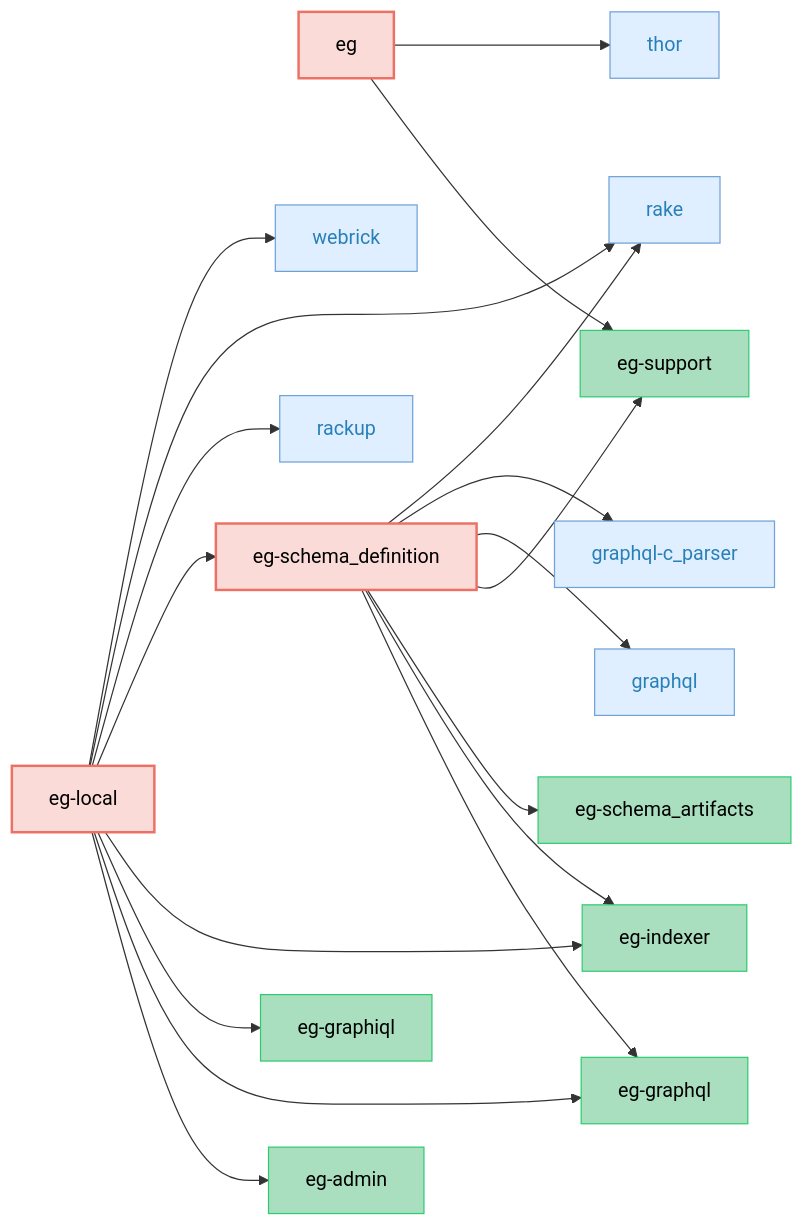
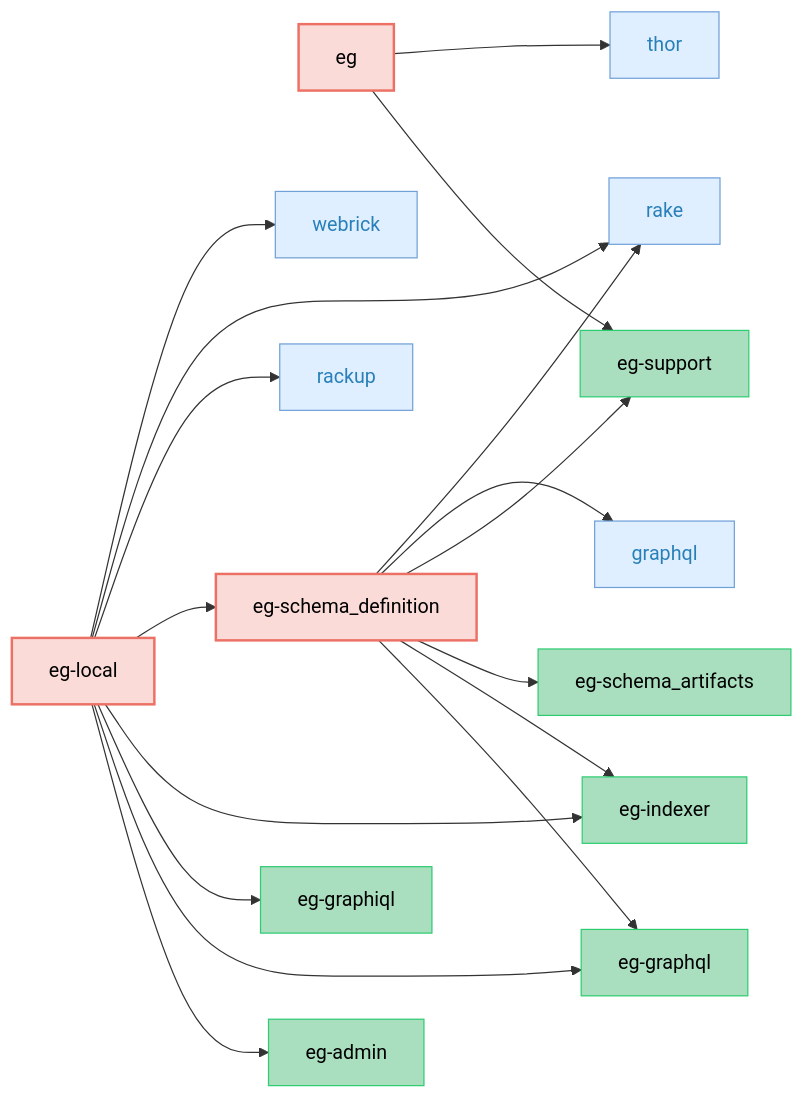
The second of 5 diagrams in CODEBASE_OVERVIEW.md (block/elasticgraph), drawn with Mermaid before and after one commit. The commit also changed other lines of this file and 18 other files, not shown here.

Commit message:
Make graphql-c_parser optional with warning when unavailable

````diff
--- a/CODEBASE_OVERVIEW.md
+++ b/CODEBASE_OVERVIEW.md
@@ -101,59 +97,55 @@
 ```mermaid
 graph LR;
     classDef targetGemStyle fill:#FADBD8,stroke:#EC7063,color:#000,stroke-width:2px;
     classDef otherEgGemStyle fill:#A9DFBF,stroke:#2ECC71,color:#000;
     classDef externalGemCatStyle fill:#E0EFFF,stroke:#70A1D7,color:#2980B9;
     elasticgraph["eg"];
     elasticgraph-support["eg-support"];
     thor["thor"];
     elasticgraph-local["eg-local"];
     elasticgraph-admin["eg-admin"];
     elasticgraph-graphql["eg-graphql"];
     elasticgraph-graphiql["eg-graphiql"];
     elasticgraph-indexer["eg-indexer"];
     elasticgraph-schema_definition["eg-schema_definition"];
     rackup["rackup"];
     rake["rake"];
     webrick["webrick"];
     elasticgraph-schema_artifacts["eg-schema_artifacts"];
     graphql["graphql"];
-    graphql-c_parser["graphql-c_parser"];
     elasticgraph --> elasticgraph-support;
     elasticgraph --> thor;
     elasticgraph-local --> elasticgraph-admin;
     elasticgraph-local --> elasticgraph-graphql;
     elasticgraph-local --> elasticgraph-graphiql;
     elasticgraph-local --> elasticgraph-indexer;
     elasticgraph-local --> elasticgraph-schema_definition;
     elasticgraph-local --> rackup;
     elasticgraph-local --> rake;
     elasticgraph-local --> webrick;
     elasticgraph-schema_definition --> elasticgraph-graphql;
     elasticgraph-schema_definition --> elasticgraph-indexer;
     elasticgraph-schema_definition --> elasticgraph-schema_artifacts;
     elasticgraph-schema_definition --> elasticgraph-support;
     elasticgraph-schema_definition --> graphql;
-    elasticgraph-schema_definition --> graphql-c_parser;
     elasticgraph-schema_definition --> rake;
     class elasticgraph targetGemStyle;
     class elasticgraph-support otherEgGemStyle;
     class thor externalGemCatStyle;
     class elasticgraph-local targetGemStyle;
     class elasticgraph-admin otherEgGemStyle;
     class elasticgraph-graphql otherEgGemStyle;
     class elasticgraph-graphiql otherEgGemStyle;
     class elasticgraph-indexer otherEgGemStyle;
     class elasticgraph-schema_definition targetGemStyle;
     class rackup externalGemCatStyle;
     class rake externalGemCatStyle;
     class webrick externalGemCatStyle;
     class elasticgraph-schema_artifacts otherEgGemStyle;
     class graphql externalGemCatStyle;
-    class graphql-c_parser externalGemCatStyle;
     click thor href "https://rubygems.org/gems/thor" "Open on RubyGems.org" _blank;
     click rackup href "https://rubygems.org/gems/rackup" "Open on RubyGems.org" _blank;
     click rake href "https://rubygems.org/gems/rake" "Open on RubyGems.org" _blank;
     click webrick href "https://rubygems.org/gems/webrick" "Open on RubyGems.org" _blank;
     click graphql href "https://rubygems.org/gems/graphql" "Open on RubyGems.org" _blank;
-    click graphql-c_parser href "https://rubygems.org/gems/graphql-c_parser" "Open on RubyGems.org" _blank;
 ```
````
